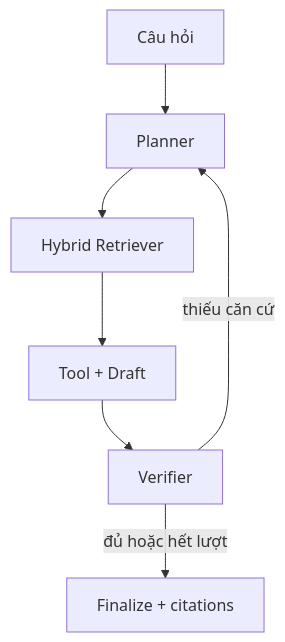
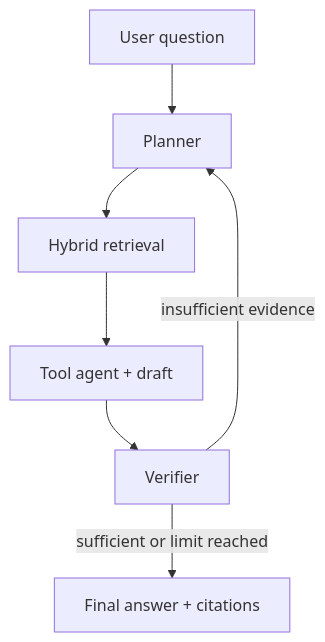
Before and after one commit to Linh5126/legal-agent-vn: the first of 2 diagrams in README.md, drawn with Mermaid. The commit also changed other lines of this file, not shown here.

````diff
--- a/README.md
+++ b/README.md
@@ -9,9 +66,9 @@
 ```mermaid
 flowchart TD
-    U["Câu hỏi"] --> P["Planner"]
-    P --> R["Hybrid Retriever"]
-    R --> T["Tool + Draft"]
+    Q["User question"] --> P["Planner"]
+    P --> R["Hybrid retrieval"]
+    R --> T["Tool agent + draft"]
     T --> V["Verifier"]
-    V -->|"thiếu căn cứ"| P
-    V -->|"đủ hoặc hết lượt"| F["Finalize + citations"]
+    V -->|"insufficient evidence"| P
+    V -->|"sufficient or limit reached"| F["Final answer + citations"]
 ```
````
